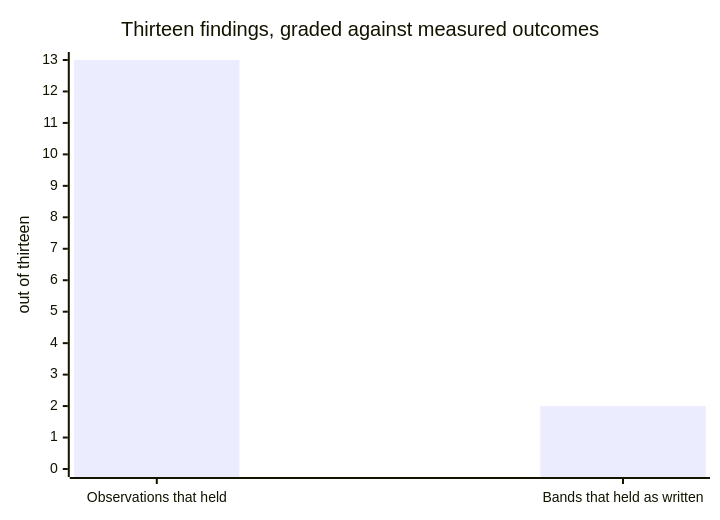
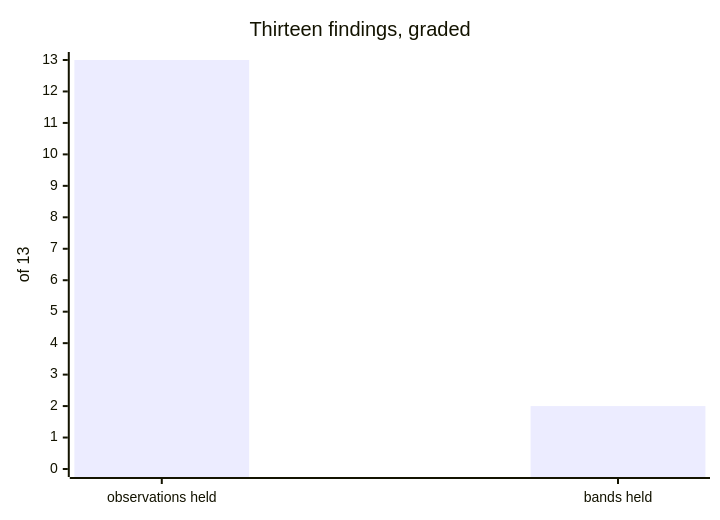
Before and after one commit to uchimata2/ecoctx: the third of 3 diagrams in README.md, drawn with Mermaid. The commit also changed other lines of this file and 1 other file, not shown here.

````diff
--- a/README.md
+++ b/README.md
@@ -71,7 +46,7 @@
 ```mermaid
 xychart-beta
-    title "Thirteen findings, graded against measured outcomes"
-    x-axis ["Observations that held", "Bands that held as written"]
-    y-axis "out of thirteen" 0 --> 13
+    title "Thirteen findings, graded"
+    x-axis ["observations held", "bands held"]
+    y-axis "of 13" 0 --> 13
     bar [13, 2]
 ```
````
